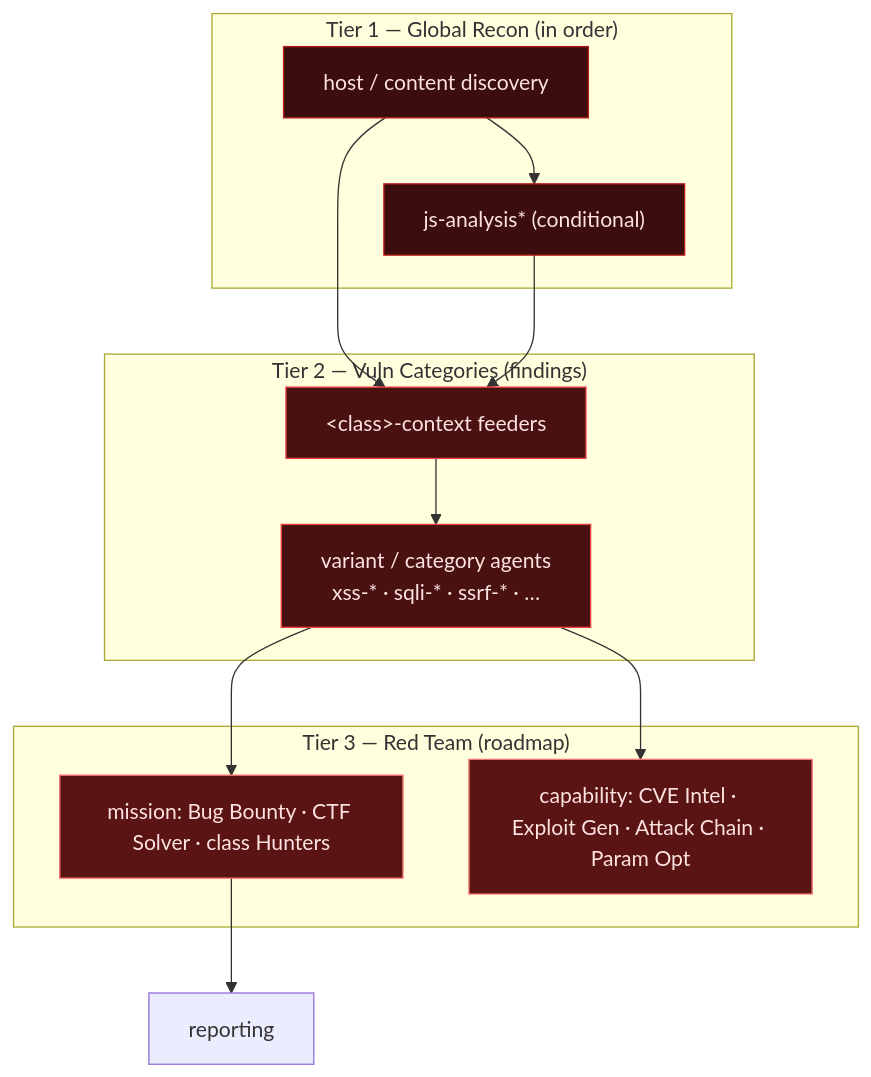
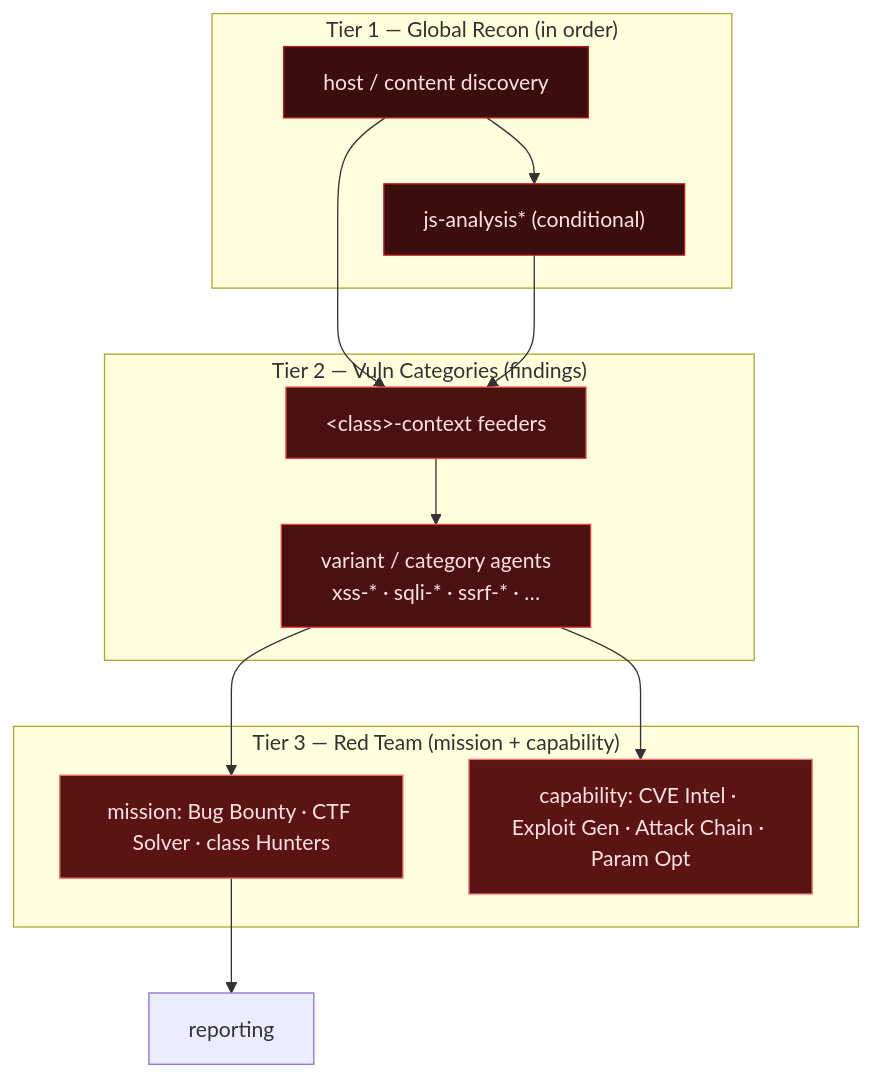
Before and after one commit to 0xnookie/redstrike-ai: the diagram in README.md, drawn with Mermaid. The commit also changed other lines of this file, not shown here.

Commit message:
README: remove roadmap, refresh to current framework state

````diff
--- a/README.md
+++ b/README.md
@@ -51,26 +51,26 @@
 ```mermaid
 graph TD
     classDef t1 fill:#3b0d0d,stroke:#b91c1c,color:#fee2e2;
     classDef t2 fill:#4a1111,stroke:#ef4444,color:#fee2e2;
     classDef t3 fill:#5b1414,stroke:#f87171,color:#fee2e2;
 
     subgraph T1["Tier 1 — Global Recon (in order)"]
         HD[host / content discovery]:::t1
         JS["js-analysis* (conditional)"]:::t1
     end
     subgraph T2["Tier 2 — Vuln Categories (findings)"]
         CTX[&lt;class&gt;-context feeders]:::t2
         VAR[variant / category agents<br/>xss-* · sqli-* · ssrf-* · …]:::t2
     end
-    subgraph T3["Tier 3 — Red Team (roadmap)"]
+    subgraph T3["Tier 3 — Red Team (mission + capability)"]
         MIS[mission: Bug Bounty · CTF Solver · class Hunters]:::t3
         CAP[capability: CVE Intel · Exploit Gen · Attack Chain · Param Opt]:::t3
     end
 
     HD --> JS
     HD --> CTX
     JS --> CTX --> VAR
     VAR --> MIS
     VAR --> CAP
     MIS --> REP[reporting]
 ```
````
